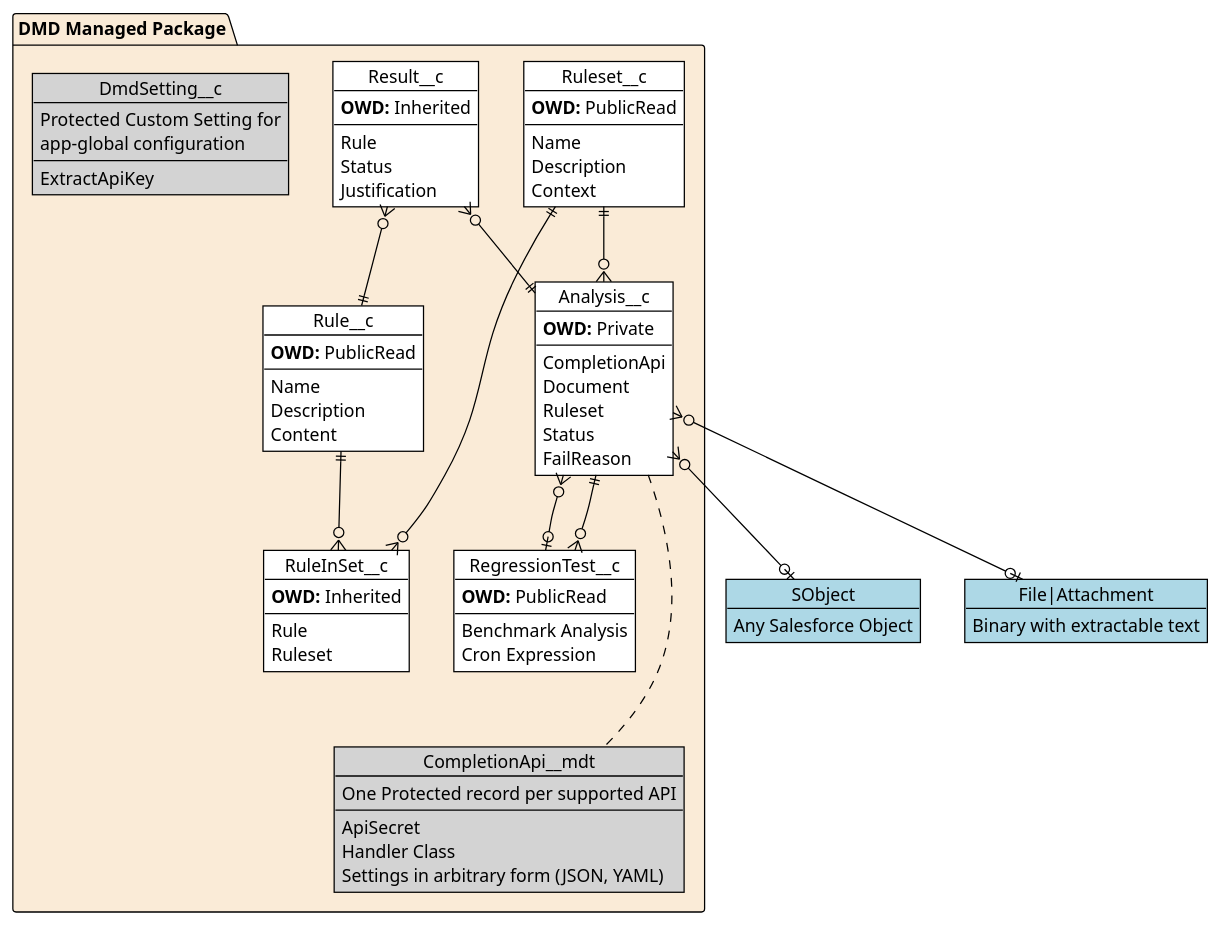
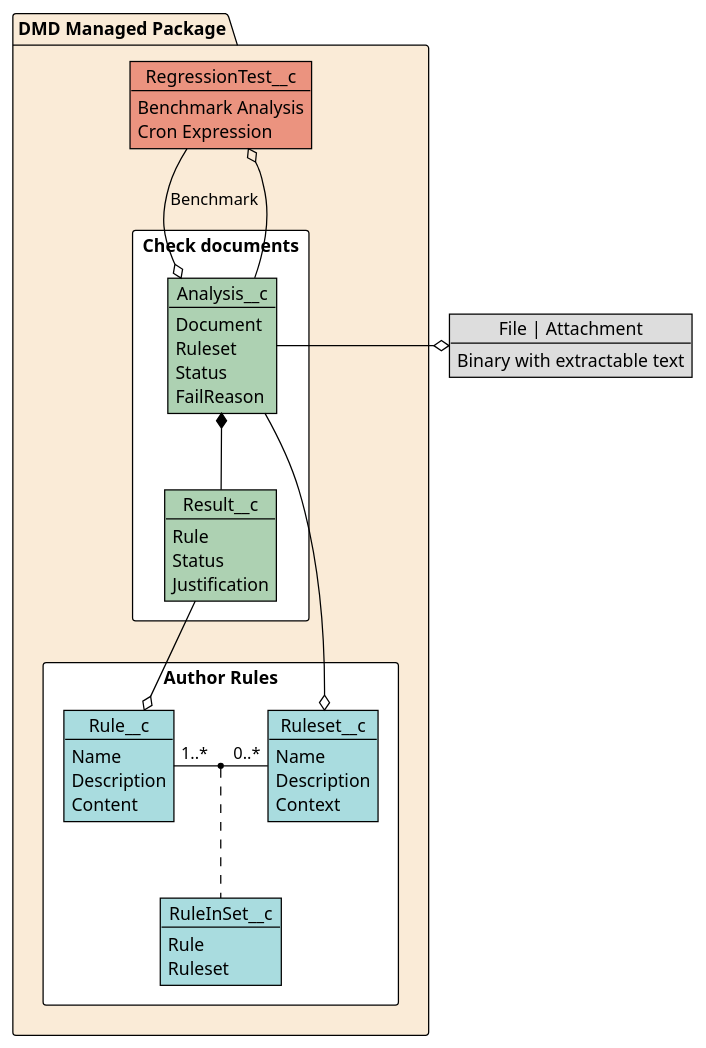
The eighth of 8 diagrams in solution-design.md (aquivalabs/document-mess-detector), drawn with PlantUML before and after one commit.

Commit message:
Improved diagram

````diff
--- a/solution-design.md
+++ b/solution-design.md
@@ -378,83 +378,57 @@
 ```plantuml
-    @startuml
-    !theme plain
+   @startuml
+!theme plain
 
-    object SObject #lightblue {
-        Any Salesforce Object
-    }
-
-    object "File|Attachment" as file #lightblue {
+    object "File | Attachment" as file #DDDDDD {
         Binary with extractable text
     }
 
     package "DMD Managed Package" #AntiqueWhite {
-        object Analysis__c  {
-            **OWD:** Private
-            ---
-            CompletionApi
-            Document
-            Ruleset
-            Status
-            FailReason
+        package "Check documents" <<Rectangle>> {
+            object Analysis__c #ADD1B2 {
+                Document
+                Ruleset
+                Status
+                FailReason
+            }
+            object Result__c #ADD1B2 {
+                Rule
+                Status
+                Justification
+            }
         }
-        object Result__c {
-            **OWD:** Inherited
-            ---
-            Rule
-            Status
-            Justification
+
+        package "Author Rules" <<Rectangle>> {
+            object Rule__c #A9DCDF {
+                Name
+                Description
+                Content
+            }
+            object RuleInSet__c #A9DCDF {
+                Rule
+                Ruleset
+            }
+            object Ruleset__c #A9DCDF {
+                Name
+                Description
+                Context
+            }
         }
-        object Rule__c {
-            **OWD:** PublicRead
-            ---
-            Name
-            Description
-            Content
-        }
-        object RuleInSet__c {
-            **OWD:** Inherited
-            ---
-            Rule
-            Ruleset
-        }
-        object Ruleset__c {
-            **OWD:** PublicRead
-            ---
-            Name
-            Description
-            Context
-        }
-        object RegressionTest__c  {
-            **OWD:** PublicRead
-            ---
+        object RegressionTest__c #EB937F {
             Benchmark Analysis
             Cron Expression
         }
-        object CompletionApi__mdt  #lightgray {
-            One Protected record per supported API
-            ---
-            ApiSecret
-            Handler Class
-            Settings in arbitrary form (JSON, YAML)
-        }
-        object DmdSetting__c #lightgray {
-            Protected Custom Setting for 
-            app-global configuration
-            ---
-            ExtractApiKey
-        }
     }
 
-    Result__c }o--|| Analysis__c
-    Result__c }o--|| Rule__c
-    Ruleset__c ||--o{ Analysis__c
-    Analysis__c }o--o| SObject
-    Analysis__c }o--o| file
-    Rule__c ||--o{ RuleInSet__c
-    Ruleset__c ||--o{ RuleInSet__c
-    RegressionTest__c }o--|| Analysis__c
-    Analysis__c }o--o| RegressionTest__c
+    Rule__c "0..*" -left- "1..*" Ruleset__c
+    (Rule__c, Ruleset__c) . RuleInSet__c
+    Ruleset__c o-left- Analysis__c
+    Analysis__c *-- Result__c
+    Analysis__c -right-o file
+    Result__c --o Rule__c
 
-    Analysis__c ... CompletionApi__mdt
-    @enduml
+    RegressionTest__c --o Analysis__c : Benchmark
+    RegressionTest__c o-- Analysis__c
+
+@enduml
 ```
````
